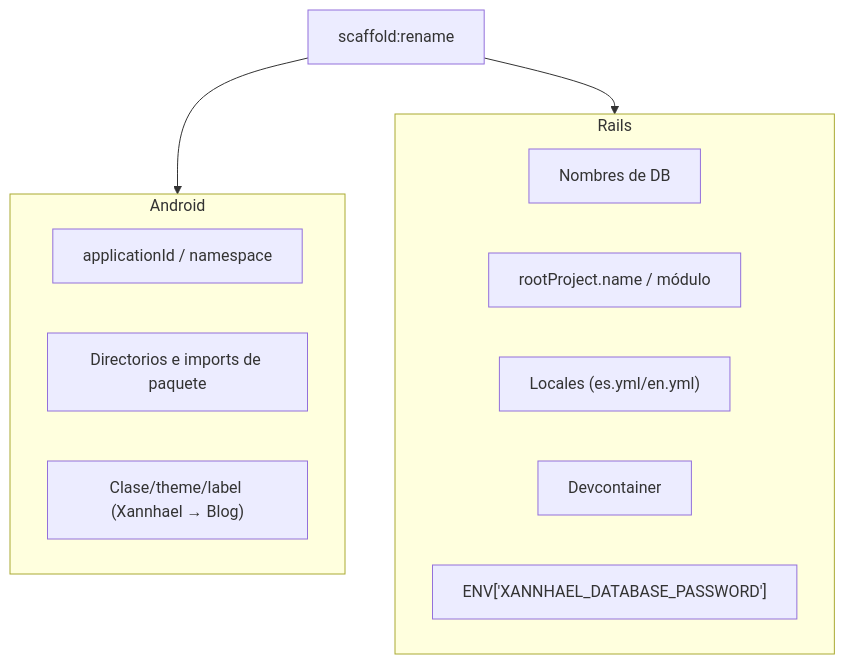
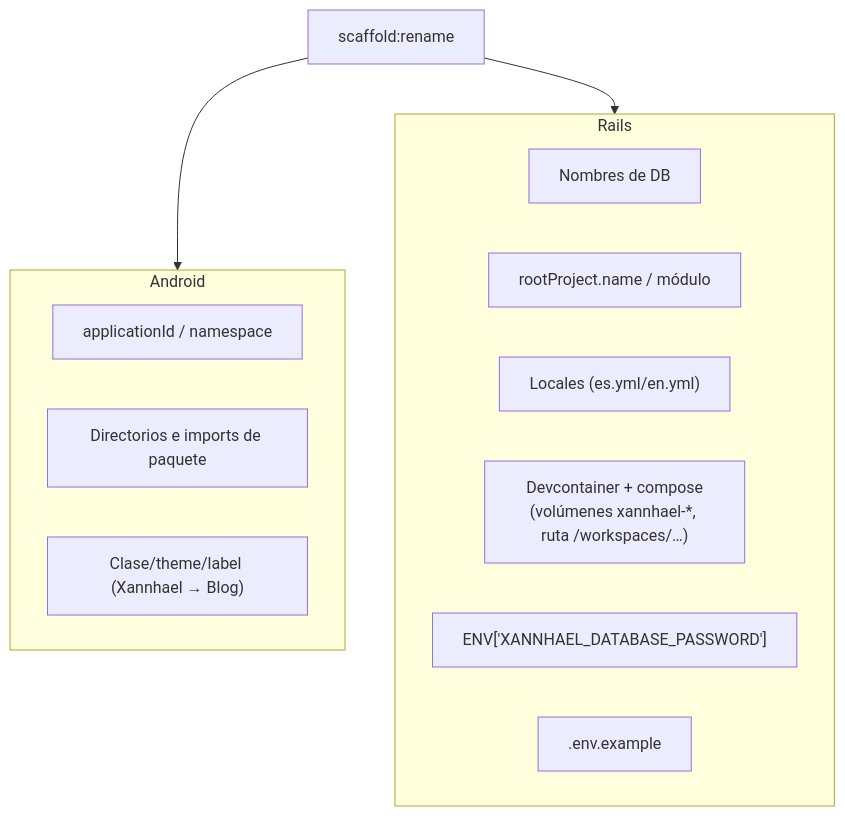
Before and after one commit to senmais/xannhael: the second of 2 diagrams in docs/base/09-renovar-template.md, drawn with Mermaid. The commit also changed other lines of this file and 2 other files, not shown here.

First line of the commit message:
Document the .env setup, the container volumes and the rename caveats

````diff
--- a/docs/base/09-renovar-template.md
+++ b/docs/base/09-renovar-template.md
@@ -42,17 +42,18 @@
 ```mermaid
 flowchart TB
     subgraph Android["Android"]
         A1["applicationId / namespace"]
         A2["Directorios e imports de paquete"]
         A3["Clase/theme/label (Xannhael → Blog)"]
     end
     subgraph Rails["Rails"]
         R1["Nombres de DB"]
         R2["rootProject.name / módulo"]
         R3["Locales (es.yml/en.yml)"]
-        R4["Devcontainer"]
+        R4["Devcontainer + compose<br/>(volúmenes xannhael-*, ruta /workspaces/…)"]
         R5["ENV['XANNHAEL_DATABASE_PASSWORD']"]
+        R6[".env.example"]
     end
     Task["scaffold:rename"] --> Android
     Task --> Rails
 ```
````
